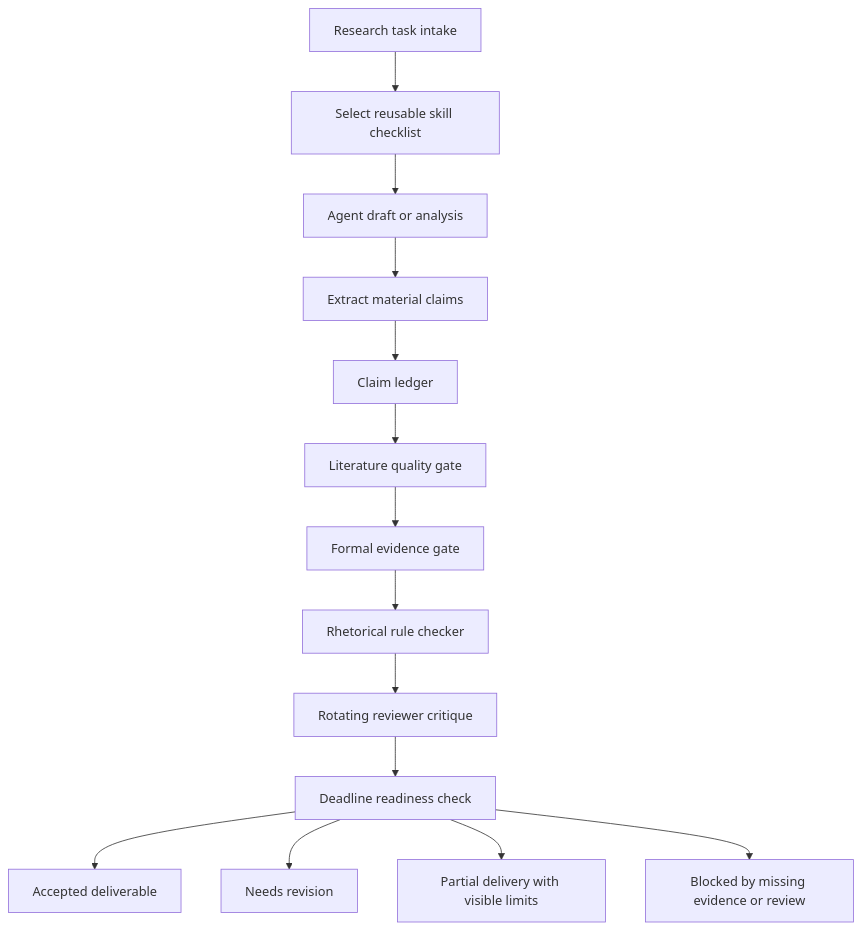
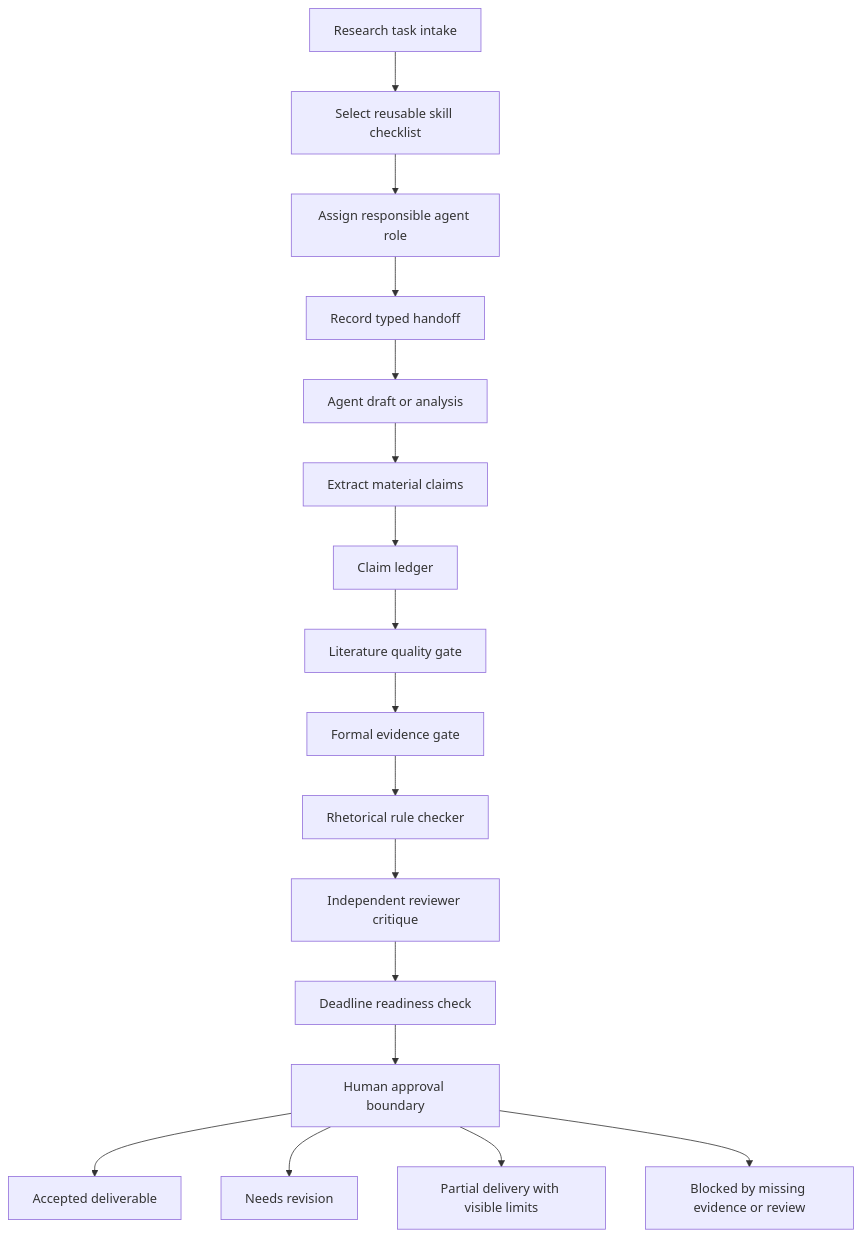
The diagram in docs/to_be_process.md (RachelNongyingLi/research-process-automation-demo-clean), drawn with Mermaid before and after one commit. The commit also changed other lines of this file and 13 other files, not shown here.

First line of the commit message:
Add agent role registry and handoff ledger

````diff
--- a/docs/to_be_process.md
+++ b/docs/to_be_process.md
@@ -5,16 +5,19 @@
 ```mermaid
 flowchart TD
   A["Research task intake"] --> B["Select reusable skill checklist"]
-  B --> C["Agent draft or analysis"]
-  C --> D["Extract material claims"]
-  D --> E["Claim ledger"]
-  E --> F["Literature quality gate"]
-  F --> G["Formal evidence gate"]
-  G --> H["Rhetorical rule checker"]
-  H --> I["Rotating reviewer critique"]
-  I --> J["Deadline readiness check"]
-  J --> K["Accepted deliverable"]
-  J --> L["Needs revision"]
-  J --> M["Partial delivery with visible limits"]
-  J --> N["Blocked by missing evidence or review"]
+  B --> C["Assign responsible agent role"]
+  C --> D["Record typed handoff"]
+  D --> E["Agent draft or analysis"]
+  E --> F["Extract material claims"]
+  F --> G["Claim ledger"]
+  G --> H["Literature quality gate"]
+  H --> I["Formal evidence gate"]
+  I --> J["Rhetorical rule checker"]
+  J --> K["Independent reviewer critique"]
+  K --> L["Deadline readiness check"]
+  L --> M["Human approval boundary"]
+  M --> N["Accepted deliverable"]
+  M --> O["Needs revision"]
+  M --> P["Partial delivery with visible limits"]
+  M --> Q["Blocked by missing evidence or review"]
 ```
````
